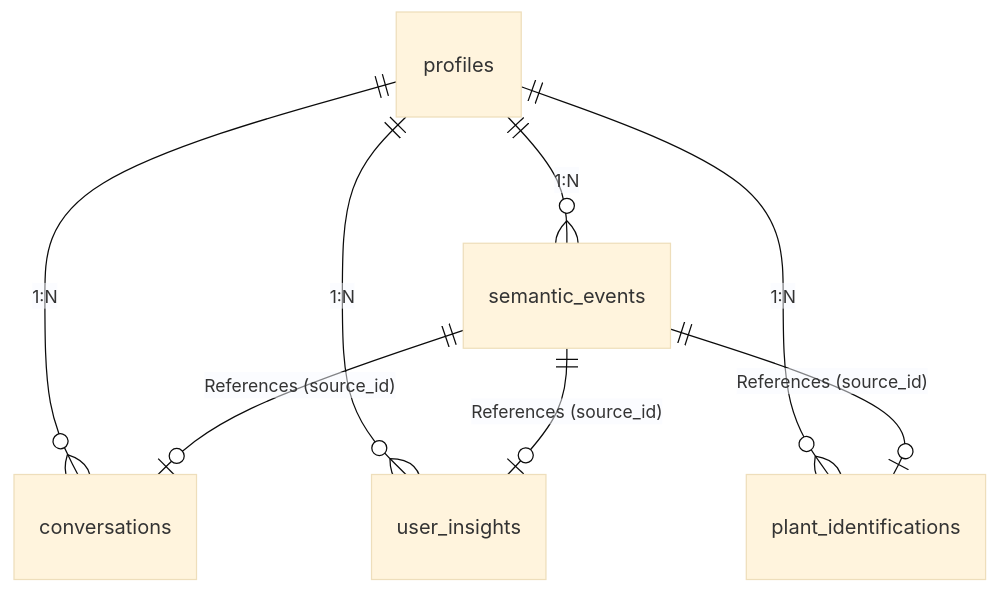
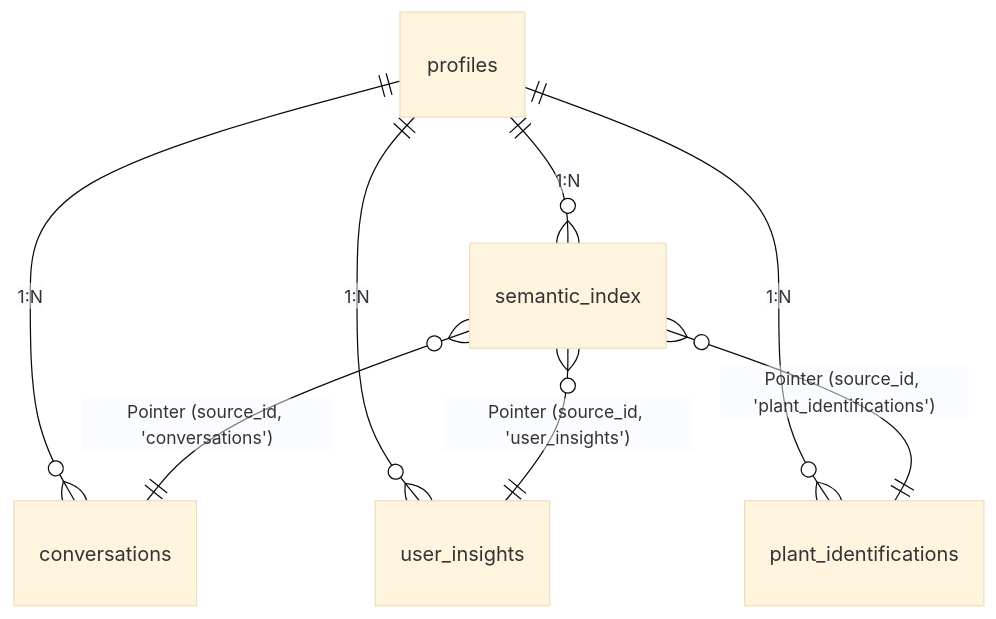
Before and after one commit to masudl-hub/orchidcare: the first of 3 diagrams in docs/PGVECTOR_MIGRATION.md, drawn with Mermaid (base theme). The commit also changed other lines of this file, not shown here.

Commit message:
docs: Update pgvector guide to use polymorphic pointer index

````diff
--- a/docs/PGVECTOR_MIGRATION.md
+++ b/docs/PGVECTOR_MIGRATION.md
@@ -46,14 +44,13 @@
 ```mermaid
 erDiagram
     profiles ||--o{ conversations : "1:N"
     profiles ||--o{ user_insights : "1:N"
     profiles ||--o{ plant_identifications : "1:N"
 
-    profiles ||--o{ semantic_events : "1:N"
+    profiles ||--o{ semantic_index : "1:N"
 
-    semantic_events ||--o| conversations : "References (source_id)"
-    semantic_events ||--o| user_insights : "References (source_id)"
-    semantic_events ||--o| plant_identifications : "References (source_id)"
-
-    %% Note: semantic_events does not replace existing tables. It points to them.
+    %% The index points back to the original data, but holds no text itself
+    semantic_index }o--|| conversations : "Pointer (source_id, 'conversations')"
+    semantic_index }o--|| user_insights : "Pointer (source_id, 'user_insights')"
+    semantic_index }o--|| plant_identifications : "Pointer (source_id, 'plant_identifications')"
 ```
````
